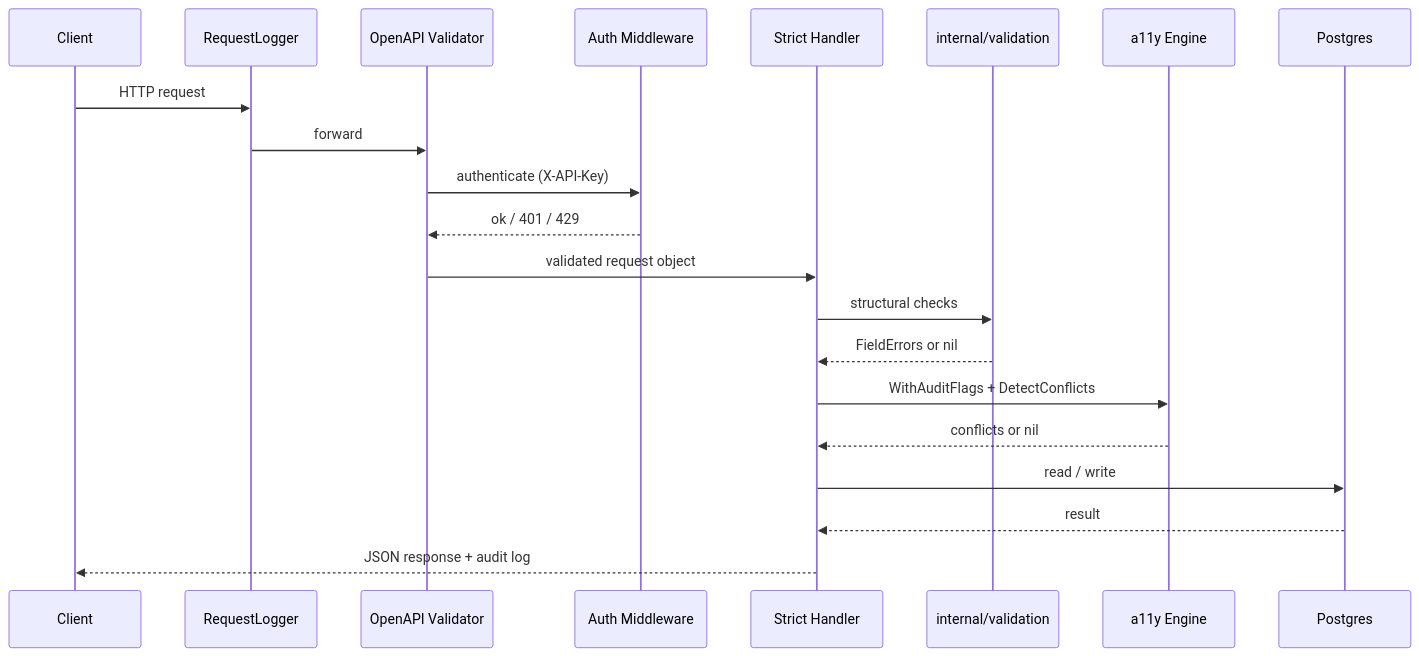
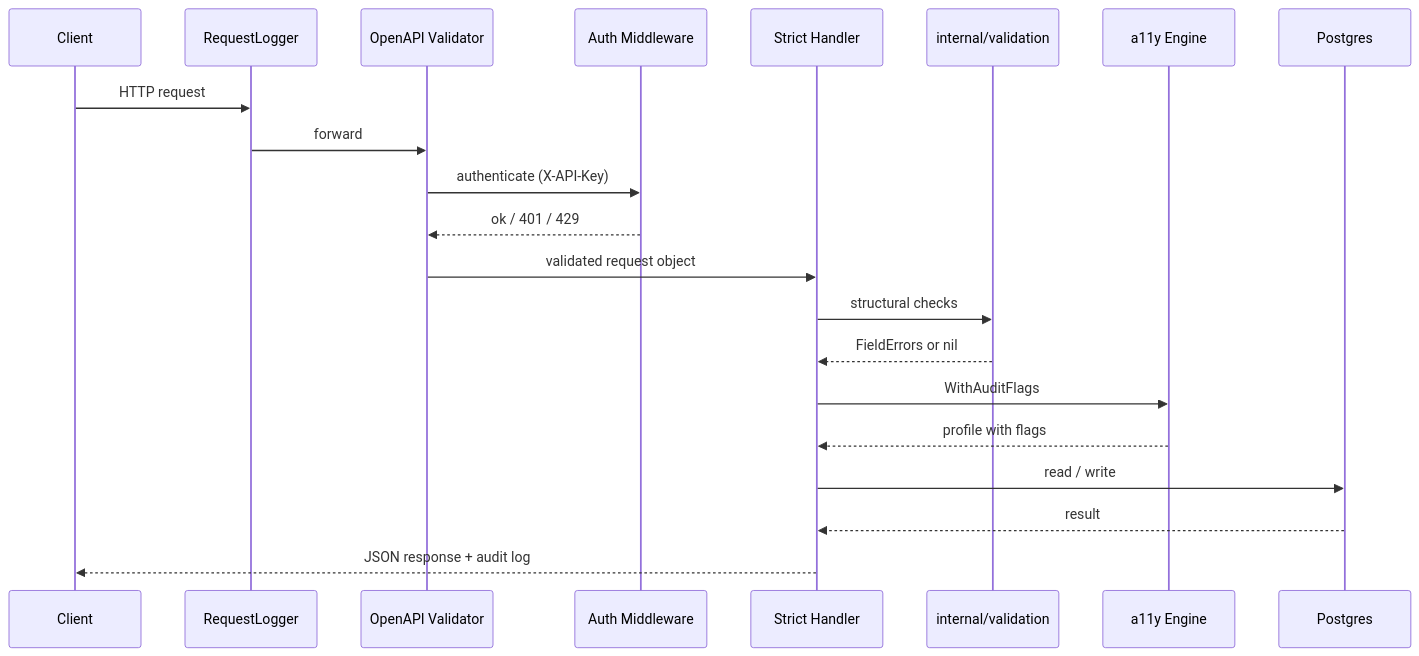
Before and after one commit to InWheelOrg/inwheel-api: the diagram in cmd/api/README.md, drawn with Mermaid. The commit also changed other lines of this file and 4 other files, not shown here.

````diff
--- a/cmd/api/README.md
+++ b/cmd/api/README.md
@@ -23,24 +23,24 @@
 ```mermaid
 sequenceDiagram
     participant C as Client
     participant RL as RequestLogger
     participant OV as OpenAPI Validator
     participant AM as Auth Middleware
     participant SH as Strict Handler
     participant V as internal/validation
     participant AE as a11y Engine
     participant DB as Postgres
 
     C->>RL: HTTP request
     RL->>OV: forward
     OV->>AM: authenticate (X-API-Key)
     AM-->>OV: ok / 401 / 429
     OV->>SH: validated request object
     SH->>V: structural checks
     V-->>SH: FieldErrors or nil
-    SH->>AE: WithAuditFlags + DetectConflicts
-    AE-->>SH: conflicts or nil
+    SH->>AE: WithAuditFlags
+    AE-->>SH: profile with flags
     SH->>DB: read / write
     DB-->>SH: result
     SH-->>C: JSON response + audit log
 ```
````
